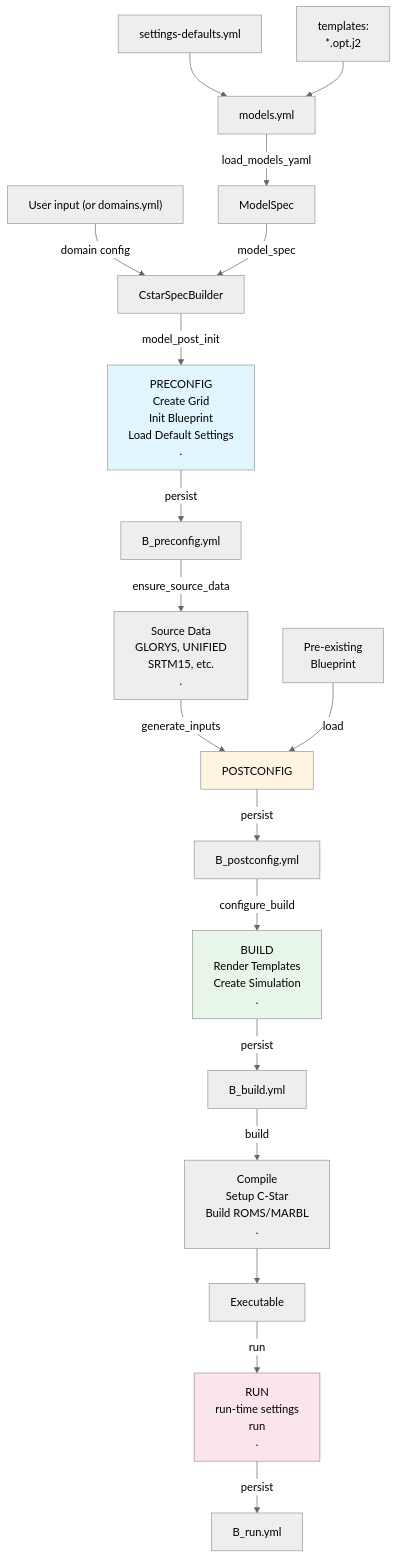
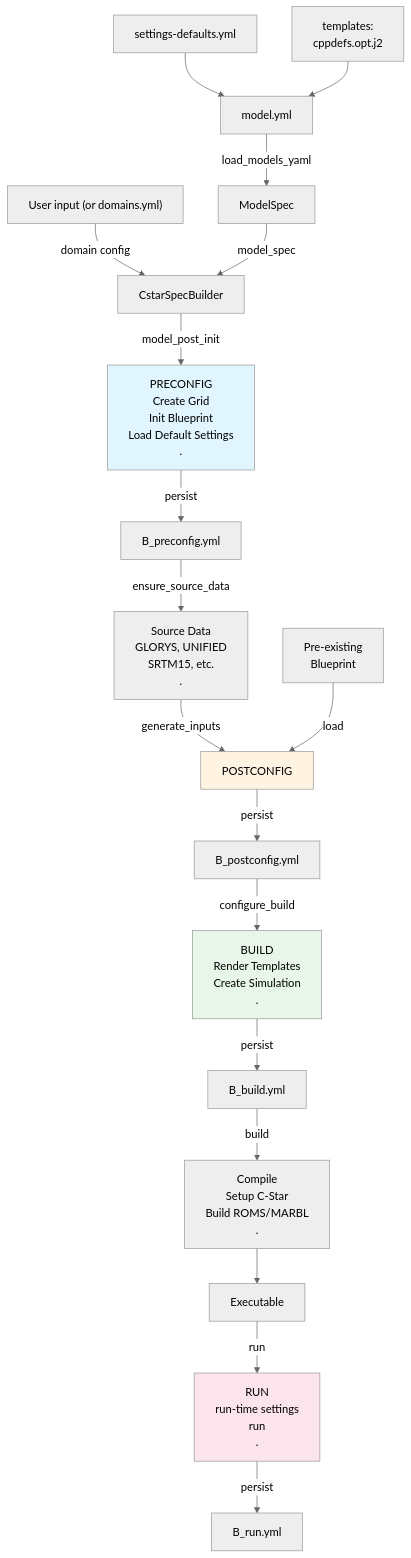
The diagram in forge-import/docs/CStarSpecBuilder-overview.md (CWorthy-ocean/C-Star), drawn with Mermaid (neutral theme) before and after one commit. The commit also changed other lines of this file and 14 other files, not shown here.

````diff
--- a/forge-import/docs/CStarSpecBuilder-overview.md
+++ b/forge-import/docs/CStarSpecBuilder-overview.md
@@ -7,33 +7,33 @@
 ```{mermaid}
 flowchart TD
-    S[settings-defaults.yml] --> A[models.yml]
-    T["templates:<br/>*.opt.j2"] --> A[models.yml]
+    S[settings-defaults.yml] --> A[model.yml]
+    T["templates:<br/>cppdefs.opt.j2"] --> A[model.yml]
     A -->|load_models_yaml| B[ModelSpec]
 
     C["User input (or domains.yml)"] -->|domain config| D[CstarSpecBuilder]
     B -->|model_spec| D
     
     D -->|model_post_init| E["PRECONFIG<br/>Create Grid<br/>Init Blueprint<br/>Load Default Settings<br/>."]
     E -->|persist| F[B_preconfig.yml]
     
     F -->|ensure_source_data| G["Source Data<br/>GLORYS, UNIFIED<br/>SRTM15, etc.<br/>."]
     
     G -->|generate_inputs| H["POSTCONFIG<br/>"]
     P1[Pre-existing<br/>Blueprint] -->|load| H
     H -->|persist| I[B_postconfig.yml]
     
     I -->|configure_build| J["BUILD<br/>Render Templates<br/>Create Simulation<br/>."]
 
     J -->|persist| K[B_build.yml]
     
     K -->|build| L["Compile<br/>Setup C-Star<br/>Build ROMS/MARBL<br/>."]
     L --> M[Executable]
 
     M -->|run| N["RUN<br/>run-time settings<br/>run<br/>."]
     N -->|persist| O[B_run.yml]
     
     style E fill:#e1f5ff
     style H fill:#fff4e1
     style J fill:#e8f5e9
     style N fill:#fce4ec
 ```
````
